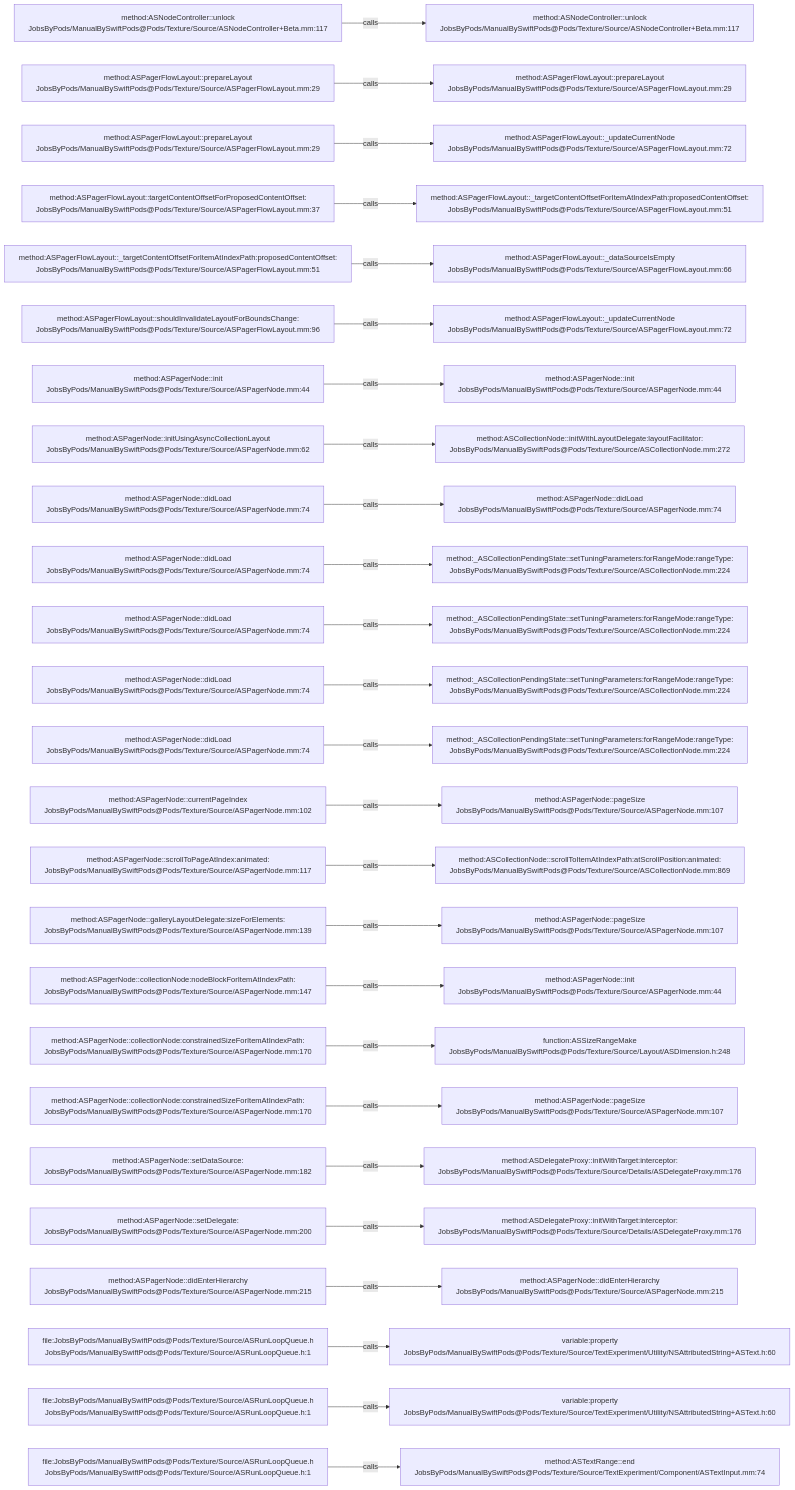
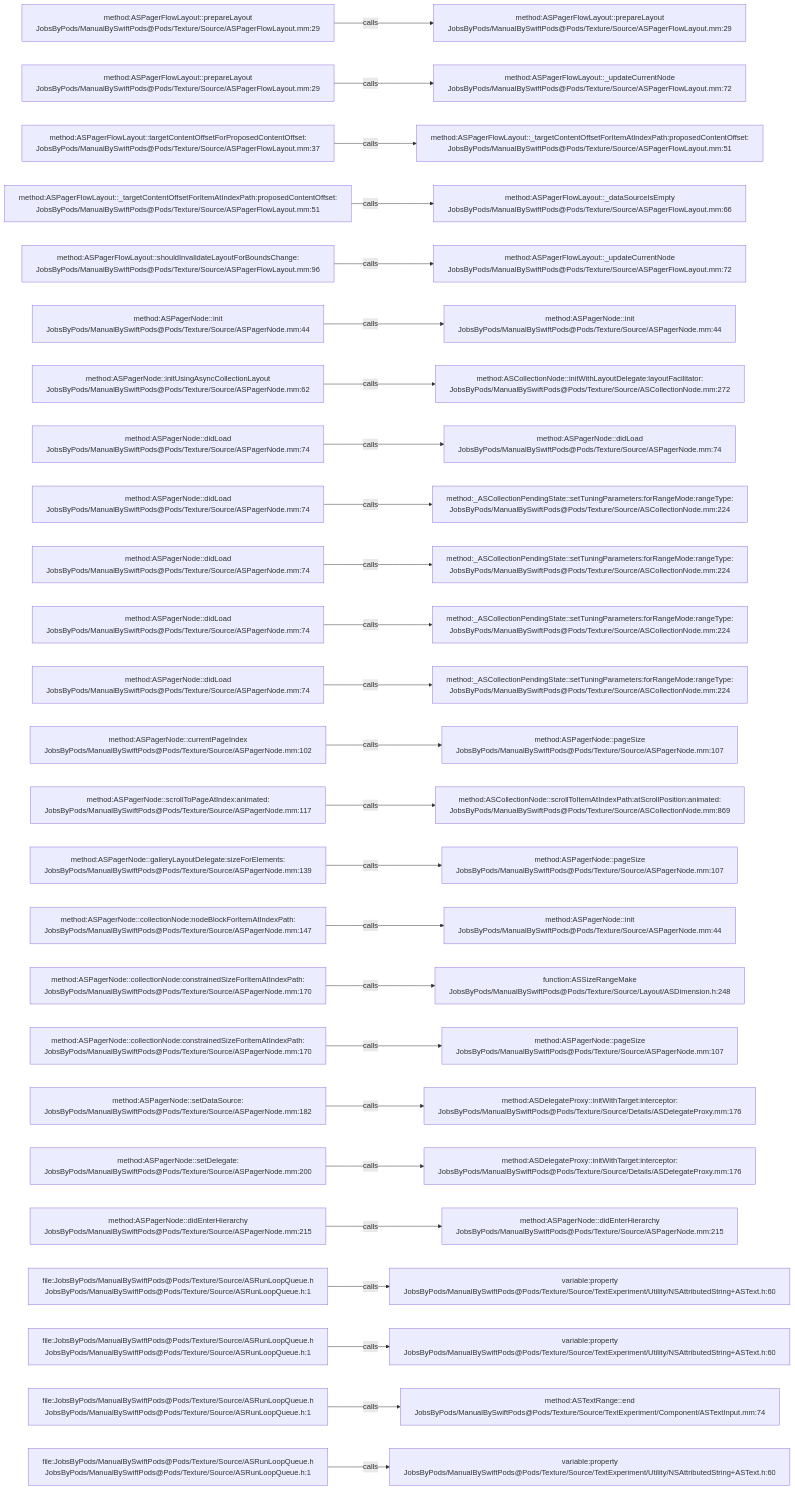
Before and after one commit to JobsKits/JobsSwiftBaseConfigDemo: the diagram in .codegraph/codegraph.md/graphs/calls-052.md, drawn with Mermaid. The commit also changed 747 other files, not shown here.

````diff
--- a/.codegraph/codegraph.md/graphs/calls-052.md
+++ b/.codegraph/codegraph.md/graphs/calls-052.md
@@ -13,78 +13,78 @@
 ```mermaid
 flowchart LR
-  S1["method:ASNodeController::unlock<br/>JobsByPods/ManualBySwiftPods@Pods/Texture/Source/ASNodeController+Beta.mm:117"]
-  T1["method:ASNodeController::unlock<br/>JobsByPods/ManualBySwiftPods@Pods/Texture/Source/ASNodeController+Beta.mm:117"]
+  S1["method:ASPagerFlowLayout::prepareLayout<br/>JobsByPods/ManualBySwiftPods@Pods/Texture/Source/ASPagerFlowLayout.mm:29"]
+  T1["method:ASPagerFlowLayout::prepareLayout<br/>JobsByPods/ManualBySwiftPods@Pods/Texture/Source/ASPagerFlowLayout.mm:29"]
   S1 -->|calls| T1
   S2["method:ASPagerFlowLayout::prepareLayout<br/>JobsByPods/ManualBySwiftPods@Pods/Texture/Source/ASPagerFlowLayout.mm:29"]
-  T2["method:ASPagerFlowLayout::prepareLayout<br/>JobsByPods/ManualBySwiftPods@Pods/Texture/Source/ASPagerFlowLayout.mm:29"]
+  T2["method:ASPagerFlowLayout::_updateCurrentNode<br/>JobsByPods/ManualBySwiftPods@Pods/Texture/Source/ASPagerFlowLayout.mm:72"]
   S2 -->|calls| T2
-  S3["method:ASPagerFlowLayout::prepareLayout<br/>JobsByPods/ManualBySwiftPods@Pods/Texture/Source/ASPagerFlowLayout.mm:29"]
-  T3["method:ASPagerFlowLayout::_updateCurrentNode<br/>JobsByPods/ManualBySwiftPods@Pods/Texture/Source/ASPagerFlowLayout.mm:72"]
+  S3["method:ASPagerFlowLayout::targetContentOffsetForProposedContentOffset:<br/>JobsByPods/ManualBySwiftPods@Pods/Texture/Source/ASPagerFlowLayout.mm:37"]
+  T3["method:ASPagerFlowLayout::_targetContentOffsetForItemAtIndexPath:proposedContentOffset:<br/>JobsByPods/ManualBySwiftPods@Pods/Texture/Source/ASPagerFlowLayout.mm:51"]
   S3 -->|calls| T3
-  S4["method:ASPagerFlowLayout::targetContentOffsetForProposedContentOffset:<br/>JobsByPods/ManualBySwiftPods@Pods/Texture/Source/ASPagerFlowLayout.mm:37"]
-  T4["method:ASPagerFlowLayout::_targetContentOffsetForItemAtIndexPath:proposedContentOffset:<br/>JobsByPods/ManualBySwiftPods@Pods/Texture/Source/ASPagerFlowLayout.mm:51"]
+  S4["method:ASPagerFlowLayout::_targetContentOffsetForItemAtIndexPath:proposedContentOffset:<br/>JobsByPods/ManualBySwiftPods@Pods/Texture/Source/ASPagerFlowLayout.mm:51"]
+  T4["method:ASPagerFlowLayout::_dataSourceIsEmpty<br/>JobsByPods/ManualBySwiftPods@Pods/Texture/Source/ASPagerFlowLayout.mm:66"]
   S4 -->|calls| T4
-  S5["method:ASPagerFlowLayout::_targetContentOffsetForItemAtIndexPath:proposedContentOffset:<br/>JobsByPods/ManualBySwiftPods@Pods/Texture/Source/ASPagerFlowLayout.mm:51"]
-  T5["method:ASPagerFlowLayout::_dataSourceIsEmpty<br/>JobsByPods/ManualBySwiftPods@Pods/Texture/Source/ASPagerFlowLayout.mm:66"]
+  S5["method:ASPagerFlowLayout::shouldInvalidateLayoutForBoundsChange:<br/>JobsByPods/ManualBySwiftPods@Pods/Texture/Source/ASPagerFlowLayout.mm:96"]
+  T5["method:ASPagerFlowLayout::_updateCurrentNode<br/>JobsByPods/ManualBySwiftPods@Pods/Texture/Source/ASPagerFlowLayout.mm:72"]
   S5 -->|calls| T5
-  S6["method:ASPagerFlowLayout::shouldInvalidateLayoutForBoundsChange:<br/>JobsByPods/ManualBySwiftPods@Pods/Texture/Source/ASPagerFlowLayout.mm:96"]
-  T6["method:ASPagerFlowLayout::_updateCurrentNode<br/>JobsByPods/ManualBySwiftPods@Pods/Texture/Source/ASPagerFlowLayout.mm:72"]
+  S6["method:ASPagerNode::init<br/>JobsByPods/ManualBySwiftPods@Pods/Texture/Source/ASPagerNode.mm:44"]
+  T6["method:ASPagerNode::init<br/>JobsByPods/ManualBySwiftPods@Pods/Texture/Source/ASPagerNode.mm:44"]
   S6 -->|calls| T6
-  S7["method:ASPagerNode::init<br/>JobsByPods/ManualBySwiftPods@Pods/Texture/Source/ASPagerNode.mm:44"]
-  T7["method:ASPagerNode::init<br/>JobsByPods/ManualBySwiftPods@Pods/Texture/Source/ASPagerNode.mm:44"]
+  S7["method:ASPagerNode::initUsingAsyncCollectionLayout<br/>JobsByPods/ManualBySwiftPods@Pods/Texture/Source/ASPagerNode.mm:62"]
+  T7["method:ASCollectionNode::initWithLayoutDelegate:layoutFacilitator:<br/>JobsByPods/ManualBySwiftPods@Pods/Texture/Source/ASCollectionNode.mm:272"]
   S7 -->|calls| T7
-  S8["method:ASPagerNode::initUsingAsyncCollectionLayout<br/>JobsByPods/ManualBySwiftPods@Pods/Texture/Source/ASPagerNode.mm:62"]
-  T8["method:ASCollectionNode::initWithLayoutDelegate:layoutFacilitator:<br/>JobsByPods/ManualBySwiftPods@Pods/Texture/Source/ASCollectionNode.mm:272"]
+  S8["method:ASPagerNode::didLoad<br/>JobsByPods/ManualBySwiftPods@Pods/Texture/Source/ASPagerNode.mm:74"]
+  T8["method:ASPagerNode::didLoad<br/>JobsByPods/ManualBySwiftPods@Pods/Texture/Source/ASPagerNode.mm:74"]
   S8 -->|calls| T8
   S9["method:ASPagerNode::didLoad<br/>JobsByPods/ManualBySwiftPods@Pods/Texture/Source/ASPagerNode.mm:74"]
-  T9["method:ASPagerNode::didLoad<br/>JobsByPods/ManualBySwiftPods@Pods/Texture/Source/ASPagerNode.mm:74"]
+  T9["method:_ASCollectionPendingState::setTuningParameters:forRangeMode:rangeType:<br/>JobsByPods/ManualBySwiftPods@Pods/Texture/Source/ASCollectionNode.mm:224"]
   S9 -->|calls| T9
   S10["method:ASPagerNode::didLoad<br/>JobsByPods/ManualBySwiftPods@Pods/Texture/Source/ASPagerNode.mm:74"]
   T10["method:_ASCollectionPendingState::setTuningParameters:forRangeMode:rangeType:<br/>JobsByPods/ManualBySwiftPods@Pods/Texture/Source/ASCollectionNode.mm:224"]
   S10 -->|calls| T10
   S11["method:ASPagerNode::didLoad<br/>JobsByPods/ManualBySwiftPods@Pods/Texture/Source/ASPagerNode.mm:74"]
   T11["method:_ASCollectionPendingState::setTuningParameters:forRangeMode:rangeType:<br/>JobsByPods/ManualBySwiftPods@Pods/Texture/Source/ASCollectionNode.mm:224"]
   S11 -->|calls| T11
   S12["method:ASPagerNode::didLoad<br/>JobsByPods/ManualBySwiftPods@Pods/Texture/Source/ASPagerNode.mm:74"]
   T12["method:_ASCollectionPendingState::setTuningParameters:forRangeMode:rangeType:<br/>JobsByPods/ManualBySwiftPods@Pods/Texture/Source/ASCollectionNode.mm:224"]
   S12 -->|calls| T12
-  S13["method:ASPagerNode::didLoad<br/>JobsByPods/ManualBySwiftPods@Pods/Texture/Source/ASPagerNode.mm:74"]
-  T13["method:_ASCollectionPendingState::setTuningParameters:forRangeMode:rangeType:<br/>JobsByPods/ManualBySwiftPods@Pods/Texture/Source/ASCollectionNode.mm:224"]
+  S13["method:ASPagerNode::currentPageIndex<br/>JobsByPods/ManualBySwiftPods@Pods/Texture/Source/ASPagerNode.mm:102"]
+  T13["method:ASPagerNode::pageSize<br/>JobsByPods/ManualBySwiftPods@Pods/Texture/Source/ASPagerNode.mm:107"]
   S13 -->|calls| T13
-  S14["method:ASPagerNode::currentPageIndex<br/>JobsByPods/ManualBySwiftPods@Pods/Texture/Source/ASPagerNode.mm:102"]
-  T14["method:ASPagerNode::pageSize<br/>JobsByPods/ManualBySwiftPods@Pods/Texture/Source/ASPagerNode.mm:107"]
+  S14["method:ASPagerNode::scrollToPageAtIndex:animated:<br/>JobsByPods/ManualBySwiftPods@Pods/Texture/Source/ASPagerNode.mm:117"]
+  T14["method:ASCollectionNode::scrollToItemAtIndexPath:atScrollPosition:animated:<br/>JobsByPods/ManualBySwiftPods@Pods/Texture/Source/ASCollectionNode.mm:869"]
   S14 -->|calls| T14
-  S15["method:ASPagerNode::scrollToPageAtIndex:animated:<br/>JobsByPods/ManualBySwiftPods@Pods/Texture/Source/ASPagerNode.mm:117"]
-  T15["method:ASCollectionNode::scrollToItemAtIndexPath:atScrollPosition:animated:<br/>JobsByPods/ManualBySwiftPods@Pods/Texture/Source/ASCollectionNode.mm:869"]
+  S15["method:ASPagerNode::galleryLayoutDelegate:sizeForElements:<br/>JobsByPods/ManualBySwiftPods@Pods/Texture/Source/ASPagerNode.mm:139"]
+  T15["method:ASPagerNode::pageSize<br/>JobsByPods/ManualBySwiftPods@Pods/Texture/Source/ASPagerNode.mm:107"]
   S15 -->|calls| T15
-  S16["method:ASPagerNode::galleryLayoutDelegate:sizeForElements:<br/>JobsByPods/ManualBySwiftPods@Pods/Texture/Source/ASPagerNode.mm:139"]
-  T16["method:ASPagerNode::pageSize<br/>JobsByPods/ManualBySwiftPods@Pods/Texture/Source/ASPagerNode.mm:107"]
+  S16["method:ASPagerNode::collectionNode:nodeBlockForItemAtIndexPath:<br/>JobsByPods/ManualBySwiftPods@Pods/Texture/Source/ASPagerNode.mm:147"]
+  T16["method:ASPagerNode::init<br/>JobsByPods/ManualBySwiftPods@Pods/Texture/Source/ASPagerNode.mm:44"]
   S16 -->|calls| T16
-  S17["method:ASPagerNode::collectionNode:nodeBlockForItemAtIndexPath:<br/>JobsByPods/ManualBySwiftPods@Pods/Texture/Source/ASPagerNode.mm:147"]
-  T17["method:ASPagerNode::init<br/>JobsByPods/ManualBySwiftPods@Pods/Texture/Source/ASPagerNode.mm:44"]
+  S17["method:ASPagerNode::collectionNode:constrainedSizeForItemAtIndexPath:<br/>JobsByPods/ManualBySwiftPods@Pods/Texture/Source/ASPagerNode.mm:170"]
+  T17["function:ASSizeRangeMake<br/>JobsByPods/ManualBySwiftPods@Pods/Texture/Source/Layout/ASDimension.h:248"]
   S17 -->|calls| T17
   S18["method:ASPagerNode::collectionNode:constrainedSizeForItemAtIndexPath:<br/>JobsByPods/ManualBySwiftPods@Pods/Texture/Source/ASPagerNode.mm:170"]
-  T18["function:ASSizeRangeMake<br/>JobsByPods/ManualBySwiftPods@Pods/Texture/Source/Layout/ASDimension.h:248"]
+  T18["method:ASPagerNode::pageSize<br/>JobsByPods/ManualBySwiftPods@Pods/Texture/Source/ASPagerNode.mm:107"]
   S18 -->|calls| T18
-  S19["method:ASPagerNode::collectionNode:constrainedSizeForItemAtIndexPath:<br/>JobsByPods/ManualBySwiftPods@Pods/Texture/Source/ASPagerNode.mm:170"]
-  T19["method:ASPagerNode::pageSize<br/>JobsByPods/ManualBySwiftPods@Pods/Texture/Source/ASPagerNode.mm:107"]
+  S19["method:ASPagerNode::setDataSource:<br/>JobsByPods/ManualBySwiftPods@Pods/Texture/Source/ASPagerNode.mm:182"]
+  T19["method:ASDelegateProxy::initWithTarget:interceptor:<br/>JobsByPods/ManualBySwiftPods@Pods/Texture/Source/Details/ASDelegateProxy.mm:176"]
   S19 -->|calls| T19
-  S20["method:ASPagerNode::setDataSource:<br/>JobsByPods/ManualBySwiftPods@Pods/Texture/Source/ASPagerNode.mm:182"]
+  S20["method:ASPagerNode::setDelegate:<br/>JobsByPods/ManualBySwiftPods@Pods/Texture/Source/ASPagerNode.mm:200"]
   T20["method:ASDelegateProxy::initWithTarget:interceptor:<br/>JobsByPods/ManualBySwiftPods@Pods/Texture/Source/Details/ASDelegateProxy.mm:176"]
   S20 -->|calls| T20
-  S21["method:ASPagerNode::setDelegate:<br/>JobsByPods/ManualBySwiftPods@Pods/Texture/Source/ASPagerNode.mm:200"]
-  T21["method:ASDelegateProxy::initWithTarget:interceptor:<br/>JobsByPods/ManualBySwiftPods@Pods/Texture/Source/Details/ASDelegateProxy.mm:176"]
+  S21["method:ASPagerNode::didEnterHierarchy<br/>JobsByPods/ManualBySwiftPods@Pods/Texture/Source/ASPagerNode.mm:215"]
+  T21["method:ASPagerNode::didEnterHierarchy<br/>JobsByPods/ManualBySwiftPods@Pods/Texture/Source/ASPagerNode.mm:215"]
   S21 -->|calls| T21
-  S22["method:ASPagerNode::didEnterHierarchy<br/>JobsByPods/ManualBySwiftPods@Pods/Texture/Source/ASPagerNode.mm:215"]
-  T22["method:ASPagerNode::didEnterHierarchy<br/>JobsByPods/ManualBySwiftPods@Pods/Texture/Source/ASPagerNode.mm:215"]
+  S22["file:JobsByPods/ManualBySwiftPods@Pods/Texture/Source/ASRunLoopQueue.h<br/>JobsByPods/ManualBySwiftPods@Pods/Texture/Source/ASRunLoopQueue.h:1"]
+  T22["variable:property<br/>JobsByPods/ManualBySwiftPods@Pods/Texture/Source/TextExperiment/Utility/NSAttributedString+ASText.h:60"]
   S22 -->|calls| T22
   S23["file:JobsByPods/ManualBySwiftPods@Pods/Texture/Source/ASRunLoopQueue.h<br/>JobsByPods/ManualBySwiftPods@Pods/Texture/Source/ASRunLoopQueue.h:1"]
   T23["variable:property<br/>JobsByPods/ManualBySwiftPods@Pods/Texture/Source/TextExperiment/Utility/NSAttributedString+ASText.h:60"]
   S23 -->|calls| T23
   S24["file:JobsByPods/ManualBySwiftPods@Pods/Texture/Source/ASRunLoopQueue.h<br/>JobsByPods/ManualBySwiftPods@Pods/Texture/Source/ASRunLoopQueue.h:1"]
-  T24["variable:property<br/>JobsByPods/ManualBySwiftPods@Pods/Texture/Source/TextExperiment/Utility/NSAttributedString+ASText.h:60"]
+  T24["method:ASTextRange::end<br/>JobsByPods/ManualBySwiftPods@Pods/Texture/Source/TextExperiment/Component/ASTextInput.mm:74"]
   S24 -->|calls| T24
   S25["file:JobsByPods/ManualBySwiftPods@Pods/Texture/Source/ASRunLoopQueue.h<br/>JobsByPods/ManualBySwiftPods@Pods/Texture/Source/ASRunLoopQueue.h:1"]
-  T25["method:ASTextRange::end<br/>JobsByPods/ManualBySwiftPods@Pods/Texture/Source/TextExperiment/Component/ASTextInput.mm:74"]
+  T25["variable:property<br/>JobsByPods/ManualBySwiftPods@Pods/Texture/Source/TextExperiment/Utility/NSAttributedString+ASText.h:60"]
   S25 -->|calls| T25
 ```
````
